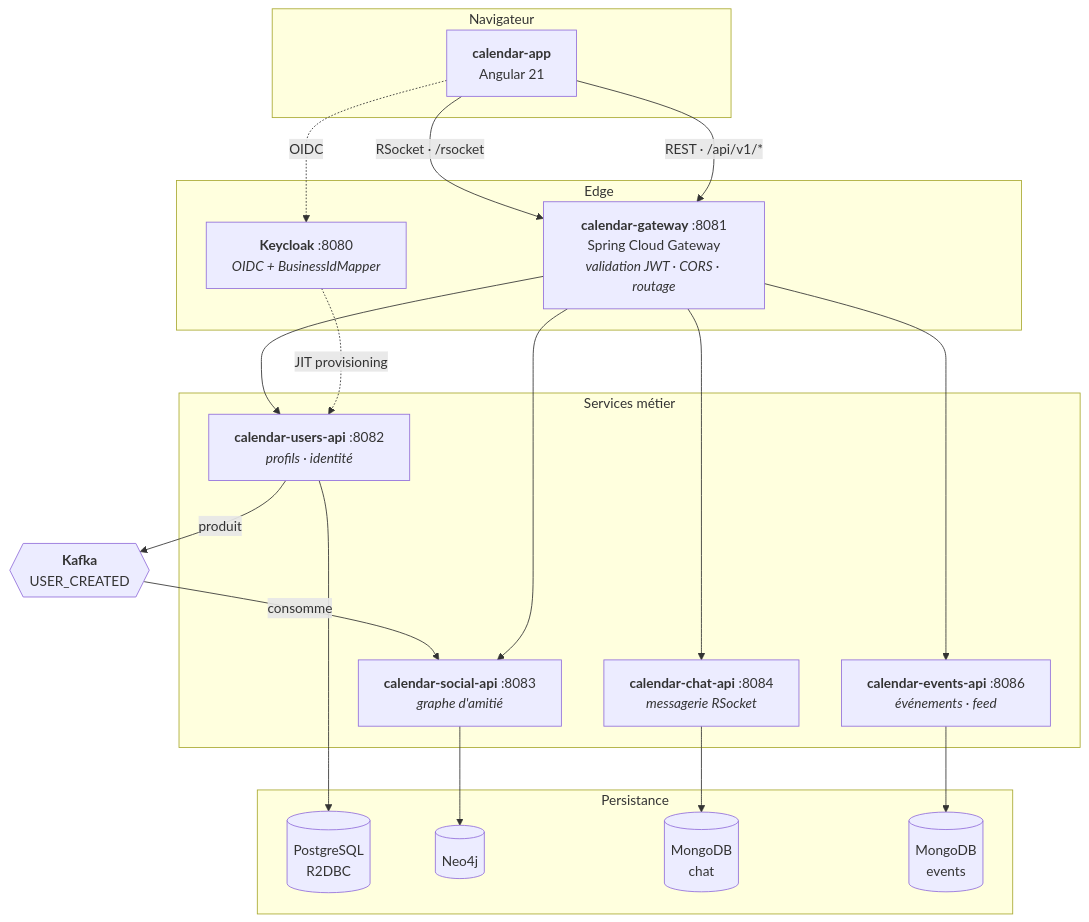
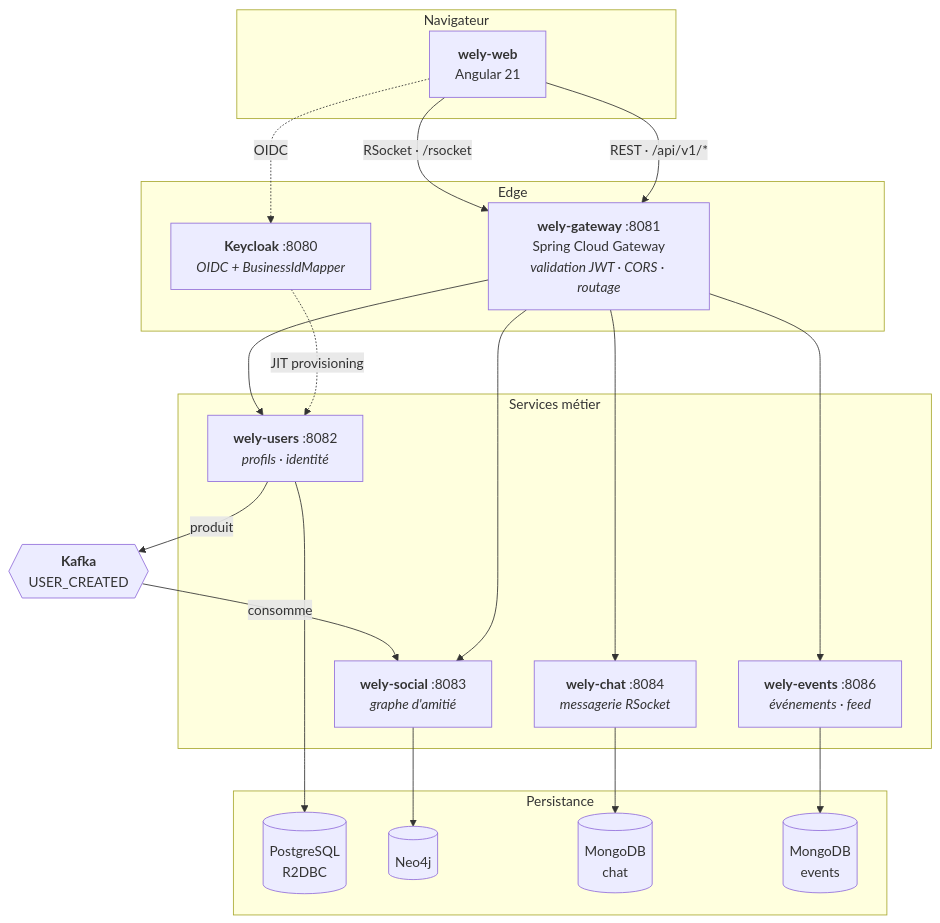
One commit to WelyLabs/wely-platform changed the first of 3 diagrams in README.md. Above: the diagram before and after it, drawn with Mermaid. The commit also changed other lines of this file, not shown here.

````diff
--- a/README.md
+++ b/README.md
@@ -44,41 +44,41 @@
 ```mermaid
 graph TB
     subgraph client["Navigateur"]
-        FE["<b>calendar-app</b><br/>Angular 21"]
+        FE["<b>wely-web</b><br/>Angular 21"]
     end
 
     subgraph edge["Edge"]
-        GW["<b>calendar-gateway</b> :8081<br/>Spring Cloud Gateway<br/><i>validation JWT · CORS · routage</i>"]
+        GW["<b>wely-gateway</b> :8081<br/>Spring Cloud Gateway<br/><i>validation JWT · CORS · routage</i>"]
         KC["<b>Keycloak</b> :8080<br/><i>OIDC + BusinessIdMapper</i>"]
     end
 
     subgraph services["Services métier"]
-        U["<b>calendar-users-api</b> :8082<br/><i>profils · identité</i>"]
-        S["<b>calendar-social-api</b> :8083<br/><i>graphe d'amitié</i>"]
-        C["<b>calendar-chat-api</b> :8084<br/><i>messagerie RSocket</i>"]
-        E["<b>calendar-events-api</b> :8086<br/><i>événements · feed</i>"]
+        U["<b>wely-users</b> :8082<br/><i>profils · identité</i>"]
+        S["<b>wely-social</b> :8083<br/><i>graphe d'amitié</i>"]
+        C["<b>wely-chat</b> :8084<br/><i>messagerie RSocket</i>"]
+        E["<b>wely-events</b> :8086<br/><i>événements · feed</i>"]
     end
 
     subgraph data["Persistance"]
         PG[("PostgreSQL<br/>R2DBC")]
         NEO[("Neo4j")]
         MG1[("MongoDB<br/>chat")]
         MG2[("MongoDB<br/>events")]
     end
 
     K{{"<b>Kafka</b><br/>USER_CREATED"}}
 
     FE -->|"REST · /api/v1/*"| GW
     FE -->|"RSocket · /rsocket"| GW
     FE -.->|"OIDC"| KC
     KC -.->|"JIT provisioning"| U
 
     GW --> U & S & C & E
 
     U --> PG
     U -->|"produit"| K
     K -->|"consomme"| S
     S --> NEO
     C --> MG1
     E --> MG2
 ```
````
